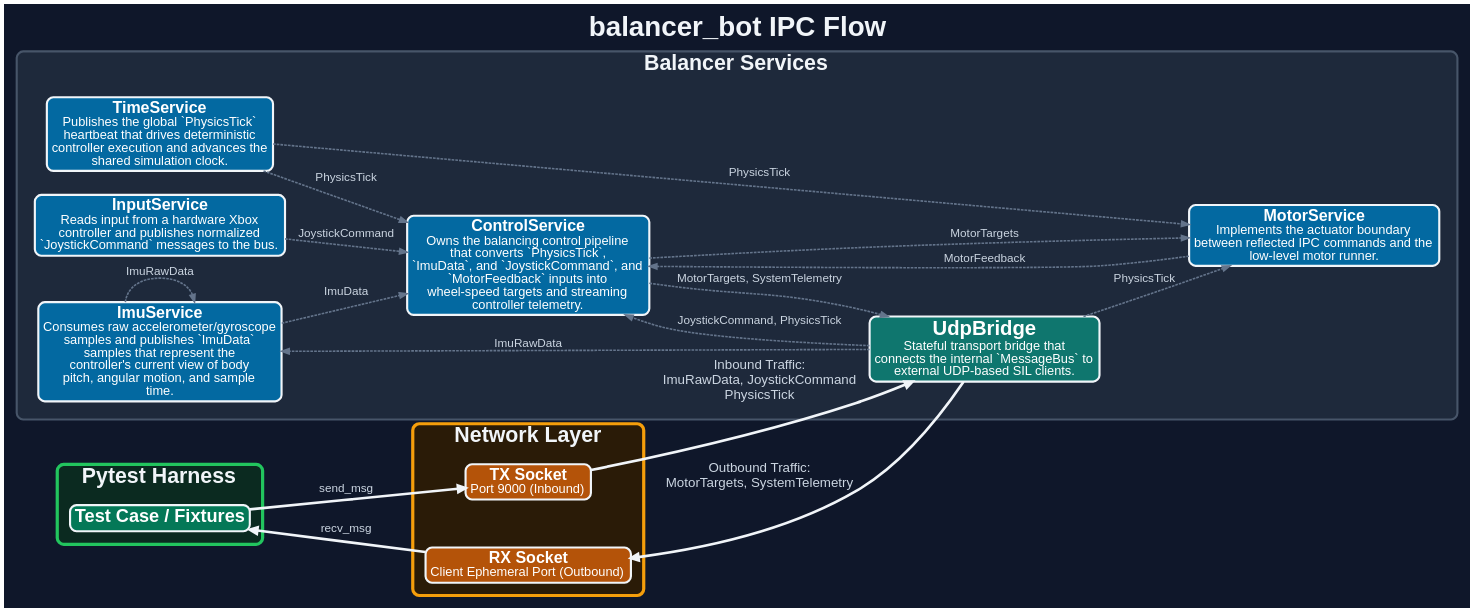
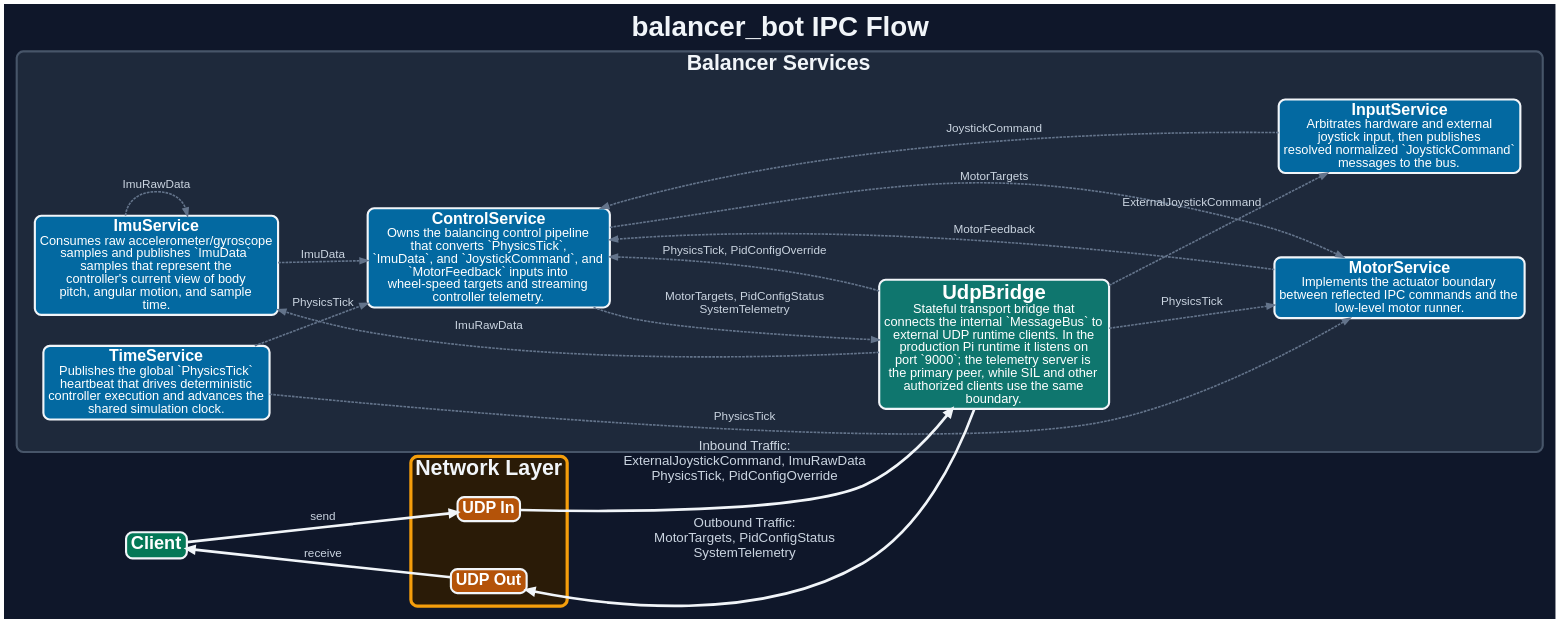
Before and after one commit to AxelBjork/balancer_bot: the diagram in doc/ipc/ipc_flow.dot, drawn with Graphviz. The commit also changed 70 other files, not shown here.

```diff
--- a/doc/ipc/ipc_flow.dot
+++ b/doc/ipc/ipc_flow.dot
@@ -1,100 +1,91 @@
 digraph IPC {
   rankdir=LR;
   bgcolor="#0F172A";
   pad=0.22;
   nodesep=0.62;
   ranksep=0.70;
   splines=spline;
   remincross=true;
 
   fontname="Helvetica,Arial,sans-serif";
   fontsize=52;
   fontcolor="#F1F5F9";
   label=<<B>balancer_bot IPC Flow</B>>;
   labelloc="t";
 
   node [fontname="Helvetica,Arial,sans-serif", shape=rect, style="filled,rounded", fixedsize=false, margin="0.12,0.08", fontsize=28, fontcolor="#FFFFFF", penwidth=4, color="#F1F5F9"];
 
   edge [fontname="Helvetica,Arial,sans-serif", fontsize=22, fontcolor="#CBD5E1", color="#64748B", penwidth=3.0, arrowsize=1.4, labelfloat=false, labeldistance=0.8, labelangle=10];
 
   subgraph cluster_sim {
     label=<<B><FONT POINT-SIZE="40">Balancer Services</FONT></B>>;
     fontcolor="#F1F5F9";
     style="rounded,filled";
     color="#475569";
     penwidth=4;
     fillcolor="#1E293B";
     margin=34;
     ImuService [
       fillcolor="#0369A1",
       label=<<B><FONT POINT-SIZE="30">ImuService</FONT></B><BR/><FONT POINT-SIZE="24">Consumes raw accelerometer/gyroscope<BR/>samples and publishes `ImuData`<BR/>samples that represent the<BR/>controller&apos;s current view of body<BR/>pitch, angular motion, and sample<BR/>time.</FONT>>
     ];
     TimeService [
       fillcolor="#0369A1",
       label=<<B><FONT POINT-SIZE="30">TimeService</FONT></B><BR/><FONT POINT-SIZE="24">Publishes the global `PhysicsTick`<BR/>heartbeat that drives deterministic<BR/>controller execution and advances the<BR/>shared simulation clock.</FONT>>
     ];
     ControlService [
       fillcolor="#0369A1",
       label=<<B><FONT POINT-SIZE="30">ControlService</FONT></B><BR/><FONT POINT-SIZE="24">Owns the balancing control pipeline<BR/>that converts `PhysicsTick`,<BR/>`ImuData`, and `JoystickCommand`, and<BR/>`MotorFeedback` inputs into<BR/>wheel-speed targets and streaming<BR/>controller telemetry.</FONT>>
     ];
     MotorService [
       fillcolor="#0369A1",
       label=<<B><FONT POINT-SIZE="30">MotorService</FONT></B><BR/><FONT POINT-SIZE="24">Implements the actuator boundary<BR/>between reflected IPC commands and the<BR/>low-level motor runner.</FONT>>
     ];
     InputService [
       fillcolor="#0369A1",
-      label=<<B><FONT POINT-SIZE="30">InputService</FONT></B><BR/><FONT POINT-SIZE="24">Reads input from a hardware Xbox<BR/>controller and publishes normalized<BR/>`JoystickCommand` messages to the bus.</FONT>>
+      label=<<B><FONT POINT-SIZE="30">InputService</FONT></B><BR/><FONT POINT-SIZE="24">Arbitrates hardware and external<BR/>joystick input, then publishes<BR/>resolved normalized `JoystickCommand`<BR/>messages to the bus.</FONT>>
     ];
     UdpBridge [
       fillcolor="#0F766E",
-      label=<<B><FONT POINT-SIZE="38">UdpBridge</FONT></B><BR/><FONT POINT-SIZE="24">Stateful transport bridge that<BR/>connects the internal `MessageBus` to<BR/>external UDP-based SIL clients.</FONT>>
+      label=<<B><FONT POINT-SIZE="38">UdpBridge</FONT></B><BR/><FONT POINT-SIZE="24">Stateful transport bridge that<BR/>connects the internal `MessageBus` to<BR/>external UDP runtime clients. In the<BR/>production Pi runtime it listens on<BR/>port `9000`; the telemetry server is<BR/>the primary peer, while SIL and other<BR/>authorized clients use the same<BR/>boundary.</FONT>>
     ];
   }
 
   subgraph cluster_sockets {
     label=<<B><FONT POINT-SIZE="40">Network Layer</FONT></B>>;
     fontcolor="#F1F5F9";
     style="rounded,filled";
     color="#F59E0B";
     penwidth=6;
     fillcolor="#2A1B07";
     margin=24;
 
     { rank=same; TX; RX; }
 
-    TX [fillcolor="#B45309", label=<<B><FONT POINT-SIZE="30">TX Socket</FONT></B><BR/><FONT POINT-SIZE="24">Port 9000 (Inbound)</FONT>>];
-    RX [fillcolor="#B45309", label=<<B><FONT POINT-SIZE="30">RX Socket</FONT></B><BR/><FONT POINT-SIZE="24">Client Ephemeral Port (Outbound)</FONT>>];
+    TX [fillcolor="#B45309", label=<<B><FONT POINT-SIZE="30">UDP In</FONT></B>>];
+    RX [fillcolor="#B45309", label=<<B><FONT POINT-SIZE="30">UDP Out</FONT></B>>];
     TX -> RX [style=invis, weight=50, constraint=false];
   }
 
-  subgraph cluster_pytest {
-    label=<<B><FONT POINT-SIZE="40">Pytest Harness</FONT></B>>;
-    fontcolor="#F1F5F9";
-    style="rounded,filled";
-    color="#22C55E";
-    penwidth=6;
-    fillcolor="#0B2A20";
-    margin=24;
+  Client [fillcolor="#047857", label=<<B><FONT POINT-SIZE="34">Client</FONT></B>>];
 
-    TestCase [fillcolor="#047857", label=<<B><FONT POINT-SIZE="34">Test Case / Fixtures</FONT></B>>];
-  }
-
-  TestCase -> TX [label="send_msg", color="#F1F5F9", penwidth=5];
-  TX -> UdpBridge [label="Inbound Traffic:\nImuRawData, JoystickCommand\nPhysicsTick", color="#F1F5F9", penwidth=5, fontsize=25];
+  Client -> TX [label="send", color="#F1F5F9", penwidth=5];
+  TX -> UdpBridge [label="Inbound Traffic:\nExternalJoystickCommand, ImuRawData\nPhysicsTick, PidConfigOverride", color="#F1F5F9", penwidth=5, fontsize=25];
 
   // Internal Service Logic
   ControlService -> MotorService [label="MotorTargets", style=dashed];
-  ControlService -> UdpBridge [label="MotorTargets, SystemTelemetry", style=dashed];
+  ControlService -> UdpBridge [label="MotorTargets, PidConfigStatus\nSystemTelemetry", style=dashed];
   ImuService -> ControlService [label="ImuData", style=dashed];
   ImuService -> ImuService [label="ImuRawData", style=dashed];
   InputService -> ControlService [label="JoystickCommand", style=dashed];
   MotorService -> ControlService [label="MotorFeedback", style=dashed];
   TimeService -> ControlService [label="PhysicsTick", style=dashed];
   TimeService -> MotorService [label="PhysicsTick", style=dashed];
-  UdpBridge -> ControlService [label="JoystickCommand, PhysicsTick", style=dashed];
+  UdpBridge -> ControlService [label="PhysicsTick, PidConfigOverride", style=dashed];
   UdpBridge -> ImuService [label="ImuRawData", style=dashed];
+  UdpBridge -> InputService [label="ExternalJoystickCommand", style=dashed];
   UdpBridge -> MotorService [label="PhysicsTick", style=dashed];
 
-  RX -> UdpBridge [label="Outbound Traffic:\nMotorTargets, SystemTelemetry", color="#F1F5F9", penwidth=5, dir=back, fontsize=25, arrowtail=normal];
-  TestCase -> RX [label="recv_msg", color="#F1F5F9", penwidth=5, dir=back, arrowtail=normal];
+  RX -> UdpBridge [label="Outbound Traffic:\nMotorTargets, PidConfigStatus\nSystemTelemetry", color="#F1F5F9", penwidth=5, dir=back, fontsize=25, arrowtail=normal];
+  Client -> RX [label="receive", color="#F1F5F9", penwidth=5, dir=back, arrowtail=normal];
 }
```
